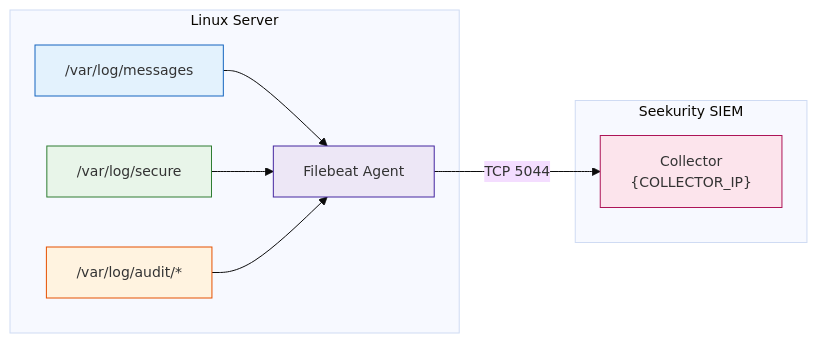
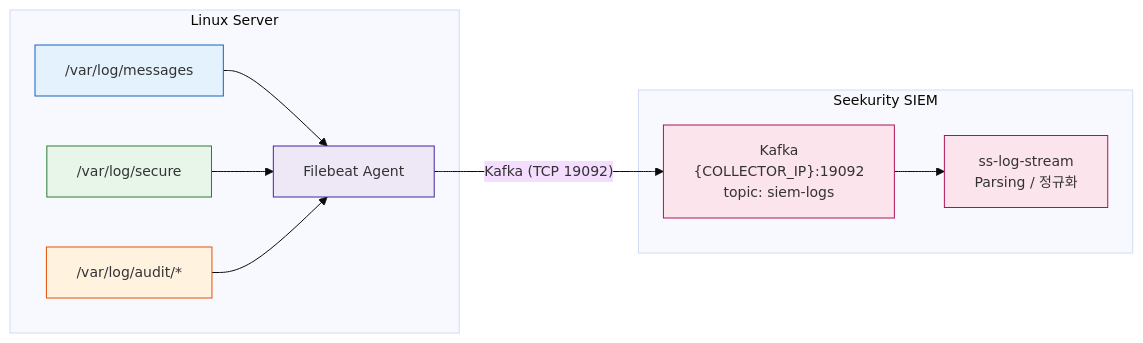
Before and after one commit to fankh/external-projects: the diagram in seekurity-siem/projects/aig/AIG_08-Filebeat설치매뉴얼.md, drawn with Mermaid. The commit also changed other lines of this file, not shown here.

````diff
--- a/seekurity-siem/projects/aig/AIG_08-Filebeat설치매뉴얼.md
+++ b/seekurity-siem/projects/aig/AIG_08-Filebeat설치매뉴얼.md
@@ -22,22 +37,25 @@
 ```mermaid
 %%{init: {'theme': 'base', 'themeVariables': { 'fontSize': '14px' }, 'flowchart': { 'useMaxWidth': true }}}%%
 flowchart LR
     subgraph LS["Linux Server"]
         L1["/var/log/messages"]
         L2["/var/log/secure"]
         L3["/var/log/audit/*"]
         FB["Filebeat Agent"]
         L1 --> FB
         L2 --> FB
         L3 --> FB
     end
     subgraph SIEM["Seekurity SIEM"]
-        COL["Collector<br/>{COLLECTOR_IP}"]
+        K["Kafka<br/>{COLLECTOR_IP}:19092<br/>topic: siem-logs"]
+        LST["ss-log-stream<br/>Parsing / 정규화"]
+        K --> LST
     end
-    FB -- "TCP 5044" --> COL
+    FB -- "Kafka (TCP 19092)" --> K
     style L1 fill:#E3F2FD,stroke:#1565C0
     style L2 fill:#E8F5E9,stroke:#2E7D32
     style L3 fill:#FFF3E0,stroke:#E65100
     style FB fill:#EDE7F6,stroke:#4527A0
-    style COL fill:#FCE4EC,stroke:#AD1457
+    style K fill:#FCE4EC,stroke:#AD1457
+    style LST fill:#FCE4EC,stroke:#AD1457
 ```
````
